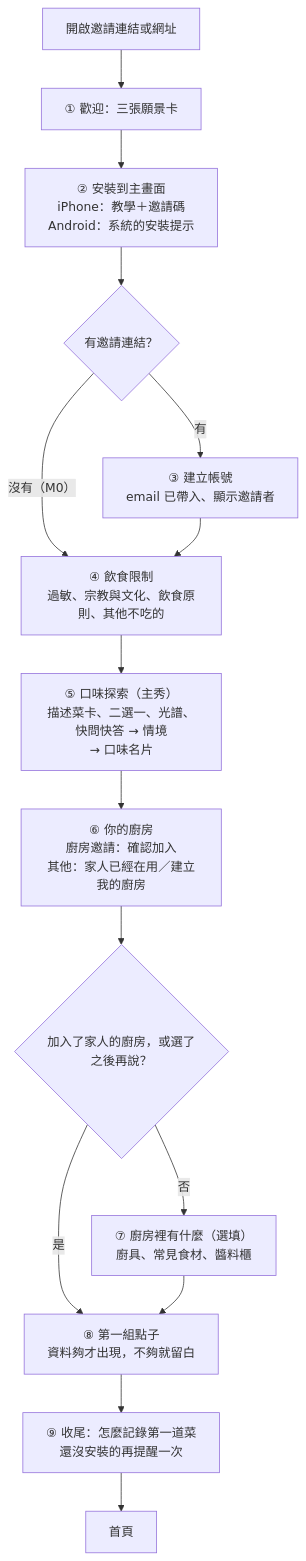
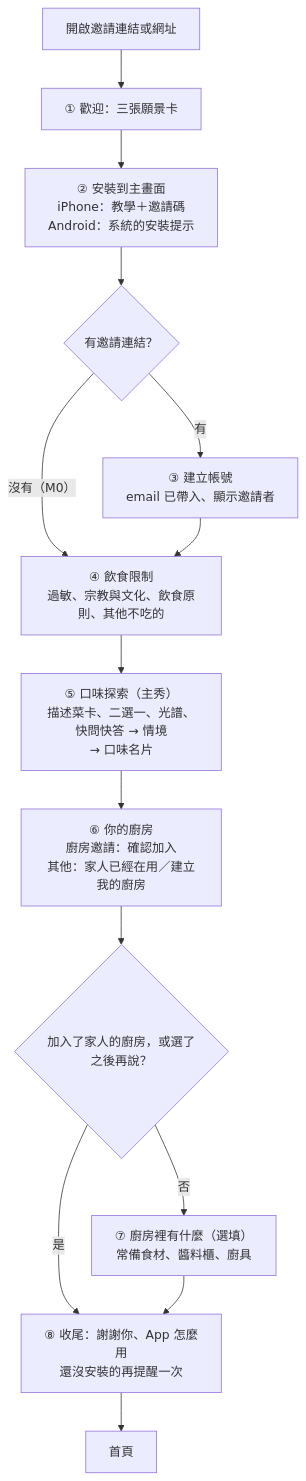
The diagram in docs/12-onboarding.md (LeeBoYin/cooking-recipe-app), drawn with Mermaid before and after one commit. The commit also changed other lines of this file and 11 other files, not shown here.

````diff
--- a/docs/12-onboarding.md
+++ b/docs/12-onboarding.md
@@ -53,17 +53,16 @@
 ```mermaid
 flowchart TD
   S0[開啟邀請連結或網址] --> S1[① 歡迎：三張願景卡]
   S1 --> SI[② 安裝到主畫面<br/>iPhone：教學＋邀請碼<br/>Android：系統的安裝提示]
   SI --> S2{有邀請連結？}
   S2 -- 有 --> S3[③ 建立帳號<br/>email 已帶入、顯示邀請者]
   S2 -- 沒有（M0） --> SL
   S3 --> SL[④ 飲食限制<br/>過敏、宗教與文化、飲食原則、其他不吃的]
   SL --> S4[⑤ 口味探索（主秀）<br/>描述菜卡、二選一、光譜、快問快答 → 情境<br/>→ 口味名片]
   S4 --> S5[⑥ 你的廚房<br/>廚房邀請：確認加入<br/>其他：家人已經在用／建立我的廚房]
   S5 --> S6{加入了家人的廚房，或選了之後再說？}
-  S6 -- 否 --> S7[⑦ 廚房裡有什麼（選填）<br/>廚具、常見食材、醬料櫃]
+  S6 -- 否 --> S7[⑦ 廚房裡有什麼（選填）<br/>常備食材、醬料櫃、廚具]
   S6 -- 是 --> S8
-  S7 --> S8[⑧ 第一組點子<br/>資料夠才出現，不夠就留白]
-  S8 --> S9[⑨ 收尾：怎麼記錄第一道菜<br/>還沒安裝的再提醒一次]
-  S9 --> H[首頁]
+  S7 --> S8[⑧ 收尾：謝謝你、App 怎麼用<br/>還沒安裝的再提醒一次]
+  S8 --> H[首頁]
 ```
````
